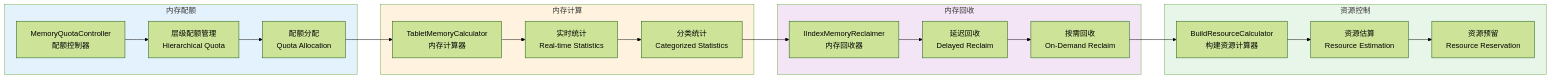
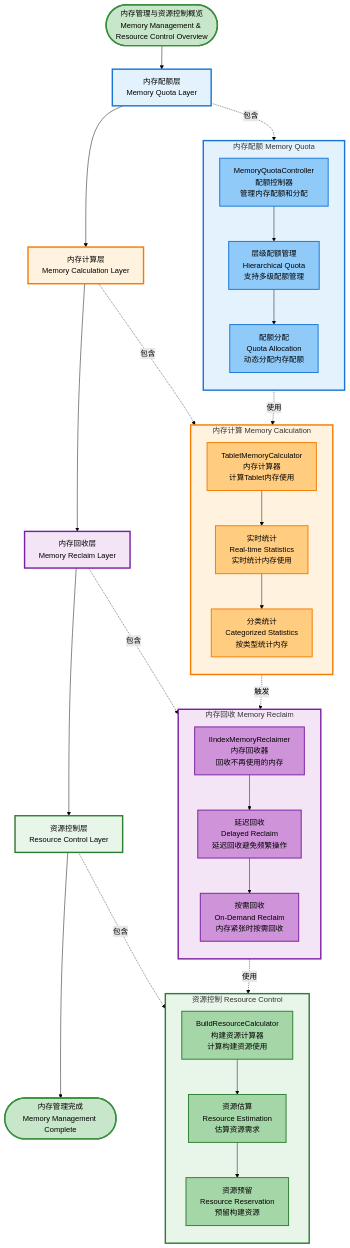
Before and after one commit to zhouzhilong-commits/zhouzhilong-commits.github.io: the first of 24 diagrams in _posts/2025-07-05-indexlib-7-memory-management.md, drawn with Mermaid (forest theme). The commit also changed other lines of this file and 19 other files, not shown here.

````diff
--- a/_posts/2025-07-05-indexlib-7-memory-management.md
+++ b/_posts/2025-07-05-indexlib-7-memory-management.md
@@ -14,43 +14,80 @@
 ```mermaid
-flowchart LR
-    subgraph Quota["内存配额"]
-        Q1[MemoryQuotaController<br/>配额控制器]
-        Q2[层级配额管理<br/>Hierarchical Quota]
-        Q3[配额分配<br/>Quota Allocation]
+flowchart TB
+    Start([内存管理与资源控制概览<br/>Memory Management & Resource Control Overview]) --> QuotaLayer[内存配额层<br/>Memory Quota Layer]
+    
+    subgraph QuotaGroup["内存配额 Memory Quota"]
+        direction TB
+        Q1[MemoryQuotaController<br/>配额控制器<br/>管理内存配额和分配]
+        Q2[层级配额管理<br/>Hierarchical Quota<br/>支持多级配额管理]
+        Q3[配额分配<br/>Quota Allocation<br/>动态分配内存配额]
         Q1 --> Q2
         Q2 --> Q3
     end
     
-    subgraph Calculate["内存计算"]
-        C1[TabletMemoryCalculator<br/>内存计算器]
-        C2[实时统计<br/>Real-time Statistics]
-        C3[分类统计<br/>Categorized Statistics]
+    QuotaLayer --> CalculateLayer[内存计算层<br/>Memory Calculation Layer]
+    
+    subgraph CalculateGroup["内存计算 Memory Calculation"]
+        direction TB
+        C1[TabletMemoryCalculator<br/>内存计算器<br/>计算Tablet内存使用]
+        C2[实时统计<br/>Real-time Statistics<br/>实时统计内存使用]
+        C3[分类统计<br/>Categorized Statistics<br/>按类型统计内存]
         C1 --> C2
         C2 --> C3
     end
     
-    subgraph Reclaim["内存回收"]
-        R1[IIndexMemoryReclaimer<br/>内存回收器]
-        R2[延迟回收<br/>Delayed Reclaim]
-        R3[按需回收<br/>On-Demand Reclaim]
+    CalculateLayer --> ReclaimLayer[内存回收层<br/>Memory Reclaim Layer]
+    
+    subgraph ReclaimGroup["内存回收 Memory Reclaim"]
+        direction TB
+        R1[IIndexMemoryReclaimer<br/>内存回收器<br/>回收不再使用的内存]
+        R2[延迟回收<br/>Delayed Reclaim<br/>延迟回收避免频繁操作]
+        R3[按需回收<br/>On-Demand Reclaim<br/>内存紧张时按需回收]
         R1 --> R2
         R2 --> R3
     end
     
-    subgraph Resource["资源控制"]
-        RE1[BuildResourceCalculator<br/>构建资源计算器]
-        RE2[资源估算<br/>Resource Estimation]
-        RE3[资源预留<br/>Resource Reservation]
+    ReclaimLayer --> ResourceLayer[资源控制层<br/>Resource Control Layer]
+    
+    subgraph ResourceGroup["资源控制 Resource Control"]
+        direction TB
+        RE1[BuildResourceCalculator<br/>构建资源计算器<br/>计算构建资源使用]
+        RE2[资源估算<br/>Resource Estimation<br/>估算资源需求]
+        RE3[资源预留<br/>Resource Reservation<br/>预留构建资源]
         RE1 --> RE2
         RE2 --> RE3
     end
     
-    Q3 --> C1
-    C3 --> R1
-    R3 --> RE1
+    ResourceLayer --> End([内存管理完成<br/>Memory Management Complete])
     
-    style Quota fill:#e3f2fd
-    style Calculate fill:#fff3e0
-    style Reclaim fill:#f3e5f5
-    style Resource fill:#e8f5e9
+    QuotaLayer -.->|包含| QuotaGroup
+    CalculateLayer -.->|包含| CalculateGroup
+    ReclaimLayer -.->|包含| ReclaimGroup
+    ResourceLayer -.->|包含| ResourceGroup
+    
+    Q3 -.->|使用| C1
+    C3 -.->|触发| R1
+    R3 -.->|使用| RE1
+    
+    style Start fill:#c8e6c9,stroke:#388e3c,stroke-width:3px
+    style End fill:#c8e6c9,stroke:#388e3c,stroke-width:3px
+    style QuotaLayer fill:#e3f2fd,stroke:#1976d2,stroke-width:3px
+    style CalculateLayer fill:#fff3e0,stroke:#f57c00,stroke-width:3px
+    style ReclaimLayer fill:#f3e5f5,stroke:#7b1fa2,stroke-width:3px
+    style ResourceLayer fill:#e8f5e9,stroke:#2e7d32,stroke-width:3px
+    style QuotaGroup fill:#e3f2fd,stroke:#1976d2,stroke-width:3px
+    style Q1 fill:#90caf9,stroke:#1976d2,stroke-width:2px
+    style Q2 fill:#90caf9,stroke:#1976d2,stroke-width:2px
+    style Q3 fill:#90caf9,stroke:#1976d2,stroke-width:2px
+    style CalculateGroup fill:#fff3e0,stroke:#f57c00,stroke-width:3px
+    style C1 fill:#ffcc80,stroke:#f57c00,stroke-width:2px
+    style C2 fill:#ffcc80,stroke:#f57c00,stroke-width:2px
+    style C3 fill:#ffcc80,stroke:#f57c00,stroke-width:2px
+    style ReclaimGroup fill:#f3e5f5,stroke:#7b1fa2,stroke-width:3px
+    style R1 fill:#ce93d8,stroke:#7b1fa2,stroke-width:2px
+    style R2 fill:#ce93d8,stroke:#7b1fa2,stroke-width:2px
+    style R3 fill:#ce93d8,stroke:#7b1fa2,stroke-width:2px
+    style ResourceGroup fill:#e8f5e9,stroke:#2e7d32,stroke-width:3px
+    style RE1 fill:#a5d6a7,stroke:#2e7d32,stroke-width:2px
+    style RE2 fill:#a5d6a7,stroke:#2e7d32,stroke-width:2px
+    style RE3 fill:#a5d6a7,stroke:#2e7d32,stroke-width:2px
 ```
````
